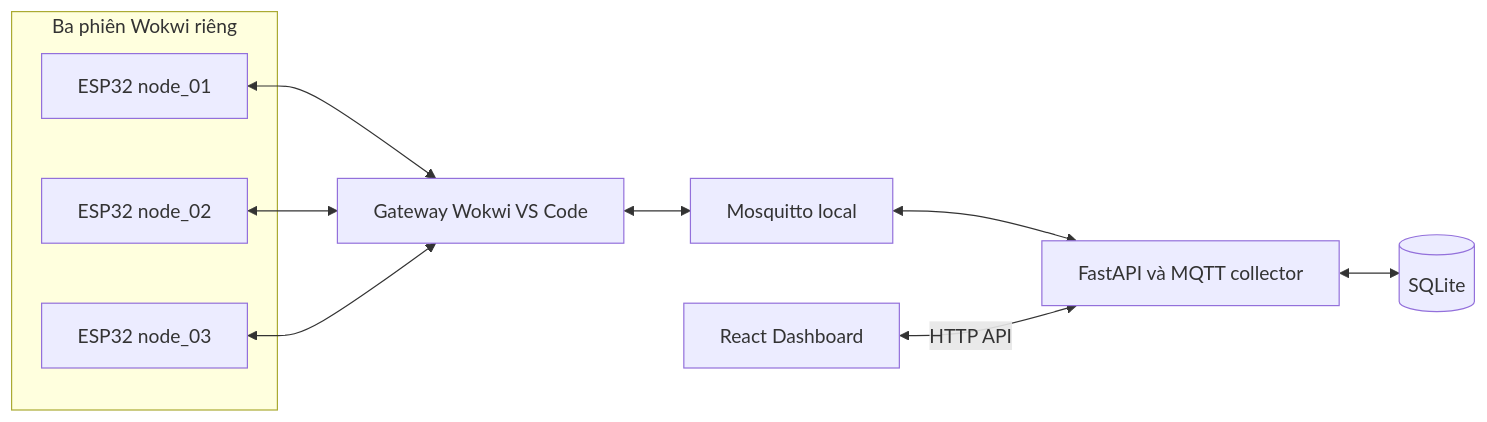
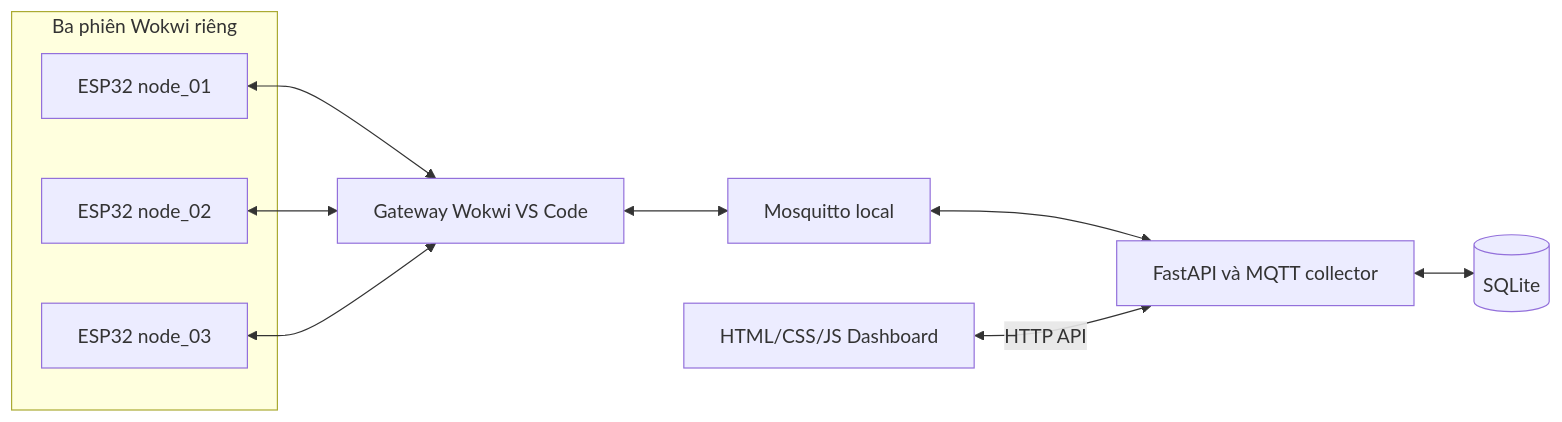
Before and after one commit to quangnhathung/Smart-Den-Duong-IOT: the diagram in docs/srs.md, drawn with Mermaid. The commit also changed other lines of this file, not shown here.

Commit message:
docs(srs): update dashboard specification to vanilla web stack

````diff
--- a/docs/srs.md
+++ b/docs/srs.md
@@ -145,20 +145,20 @@
 ```mermaid
 flowchart LR
     subgraph SIM[Ba phiên Wokwi riêng]
         N1[ESP32 node_01]
         N2[ESP32 node_02]
         N3[ESP32 node_03]
     end
     G[Gateway Wokwi VS Code]
     M[Mosquitto local]
     B[FastAPI và MQTT collector]
     D[(SQLite)]
-    U[React Dashboard]
+    U[HTML/CSS/JS Dashboard]
     N1 <--> G
     N2 <--> G
     N3 <--> G
     G <--> M
     M <--> B
     B <--> D
     U <-->|HTTP API| B
 ```
````
